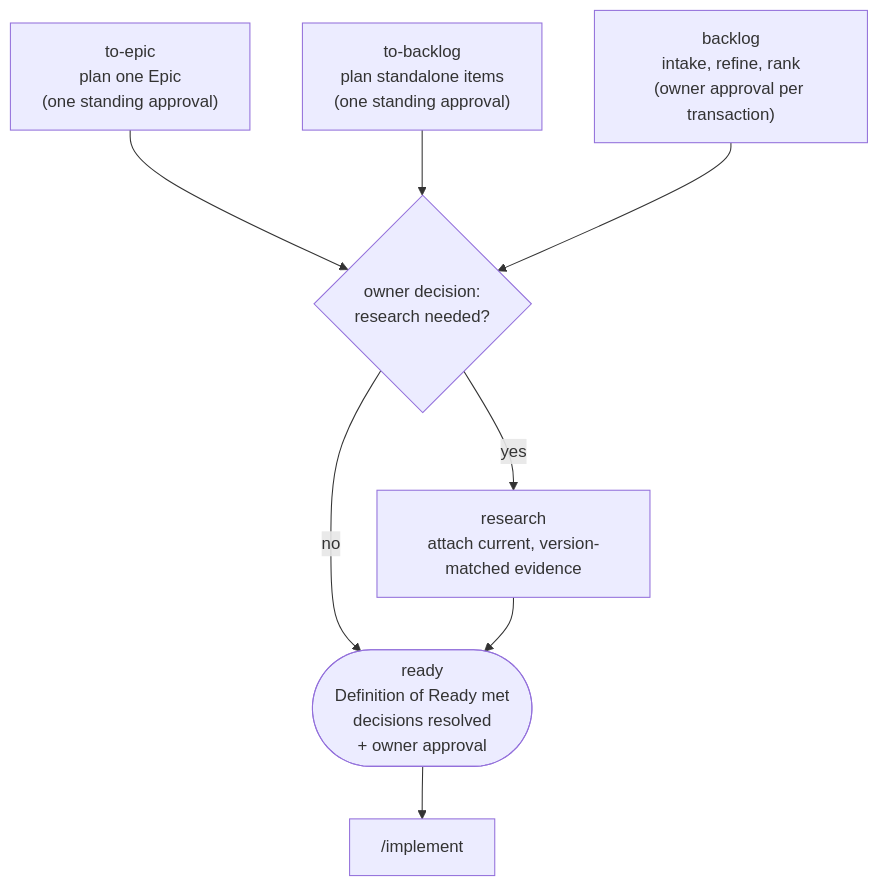
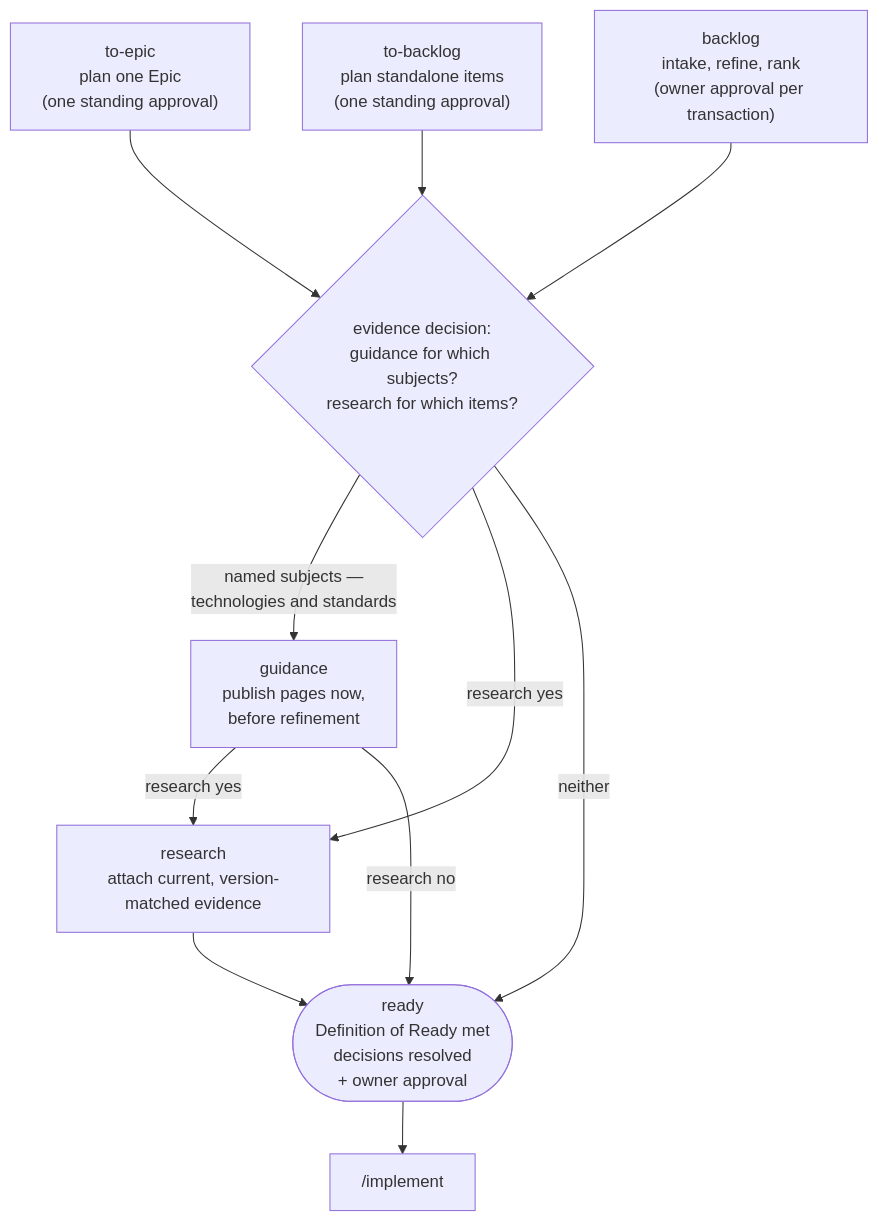
The second of 5 diagrams in README.md (beeltec/skills), drawn with Mermaid before and after one commit. The commit also changed other lines of this file, not shown here.

First line of the commit message:
docs(readme): reflect the evidence-decision and verify-gate changes

````diff
--- a/README.md
+++ b/README.md
@@ -42,12 +42,15 @@
 ```mermaid
 flowchart TD
     TE["to-epic<br/>plan one Epic<br/>(one standing approval)"] --> DEC
     TB["to-backlog<br/>plan standalone items<br/>(one standing approval)"] --> DEC
     BL["backlog<br/>intake, refine, rank<br/>(owner approval per transaction)"] --> DEC
-    DEC{"owner decision:<br/>research needed?"}
-    DEC -->|yes| RT["research<br/>attach current, version-matched evidence"]
-    DEC -->|no| RDY
+    DEC{"evidence decision:<br/>guidance for which subjects?<br/>research for which items?"}
+    DEC -->|named subjects —<br/>technologies and standards| GD["guidance<br/>publish pages now,<br/>before refinement"]
+    DEC -->|research yes| RT["research<br/>attach current, version-matched evidence"]
+    GD -->|research yes| RT
+    GD -->|research no| RDY
+    DEC -->|neither| RDY
     RT --> RDY
     RDY(["ready<br/>Definition of Ready met<br/>decisions resolved<br/>+ owner approval"])
     RDY --> IMP["/implement"]
 ```
````
